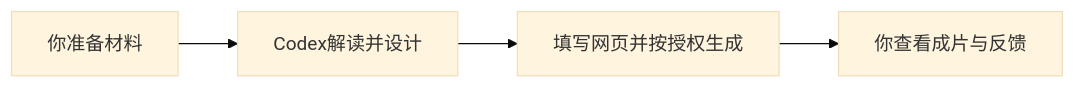
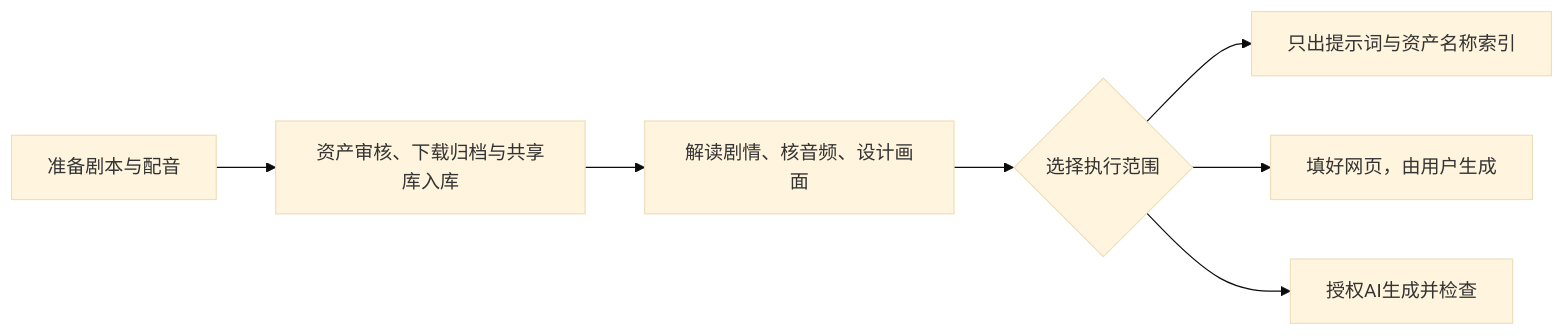
The diagram in README.md (zengyies-ux/AIGC_Vedio_codex), drawn with Mermaid (base theme) before and after one commit. The commit also changed other lines of this file, not shown here.

````diff
--- a/README.md
+++ b/README.md
@@ -7,6 +7,9 @@
 ```mermaid
 flowchart LR
-    A[你准备材料] --> B[Codex解读并设计]
-    B --> C[填写网页并按授权生成]
-    C --> D[你查看成片与反馈]
+    A[准备剧本与配音] --> B[资产审核、下载归档与共享库入库]
+    B --> C[解读剧情、核音频、设计画面]
+    C --> D{选择执行范围}
+    D --> E[只出提示词与资产名称索引]
+    D --> F[填好网页，由用户生成]
+    D --> G[授权AI生成并检查]
 ```
````
